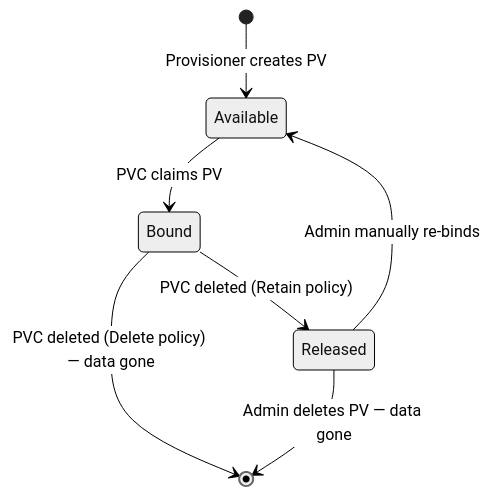
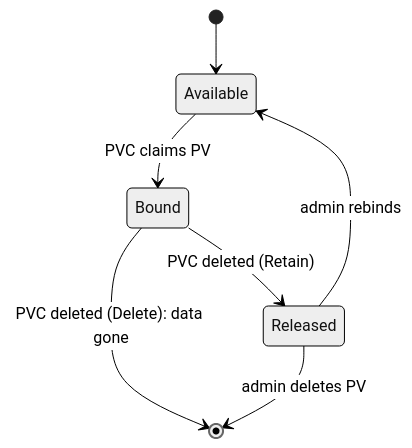
Before and after one commit to darshan-raul/apollo11-docs: the diagram in docs/learn/storage/recovery-boundaries.md, drawn with Mermaid (neutral theme). The commit also changed other lines of this file and 55 other files, not shown here.

````diff
--- a/docs/learn/storage/recovery-boundaries.md
+++ b/docs/learn/storage/recovery-boundaries.md
@@ -26,9 +23,9 @@
-~~~mermaid
+```mermaid
 stateDiagram-v2
-  [*] --> Available: Provisioner creates PV
+  [*] --> Available
   Available --> Bound: PVC claims PV
-  Bound --> Released: PVC deleted (Retain policy)
-  Bound --> [*]: PVC deleted (Delete policy) — data gone
-  Released --> Available: Admin manually re-binds
-  Released --> [*]: Admin deletes PV — data gone
-~~~
+  Bound --> Released: PVC deleted (Retain)
+  Bound --> [*]: PVC deleted (Delete): data gone
+  Released --> Available: admin rebinds
+  Released --> [*]: admin deletes PV
+```
````
